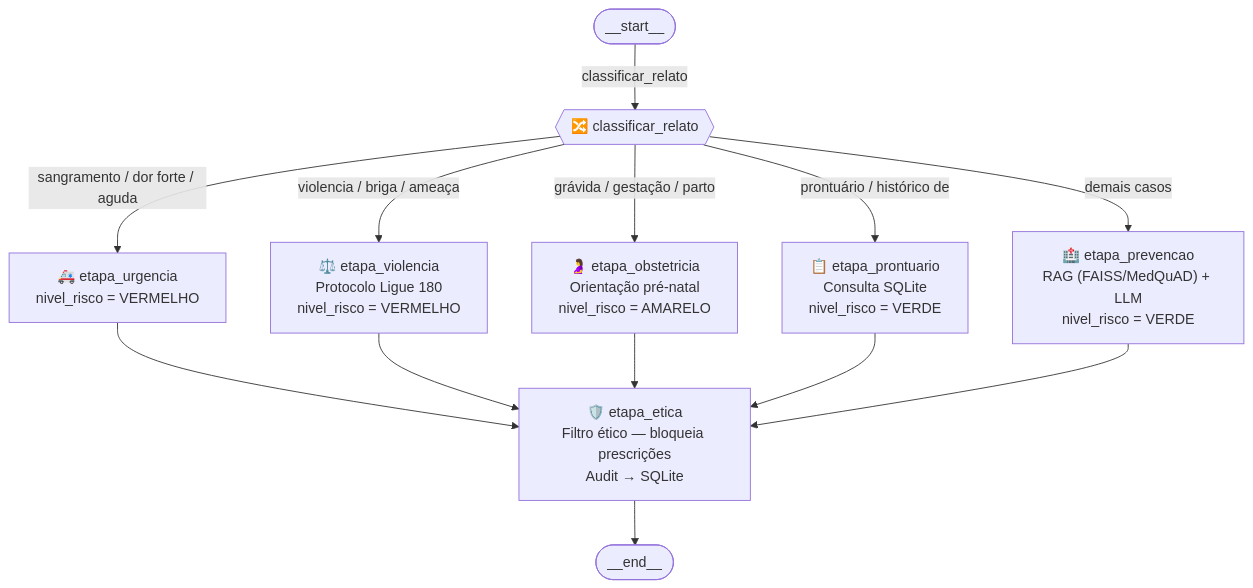
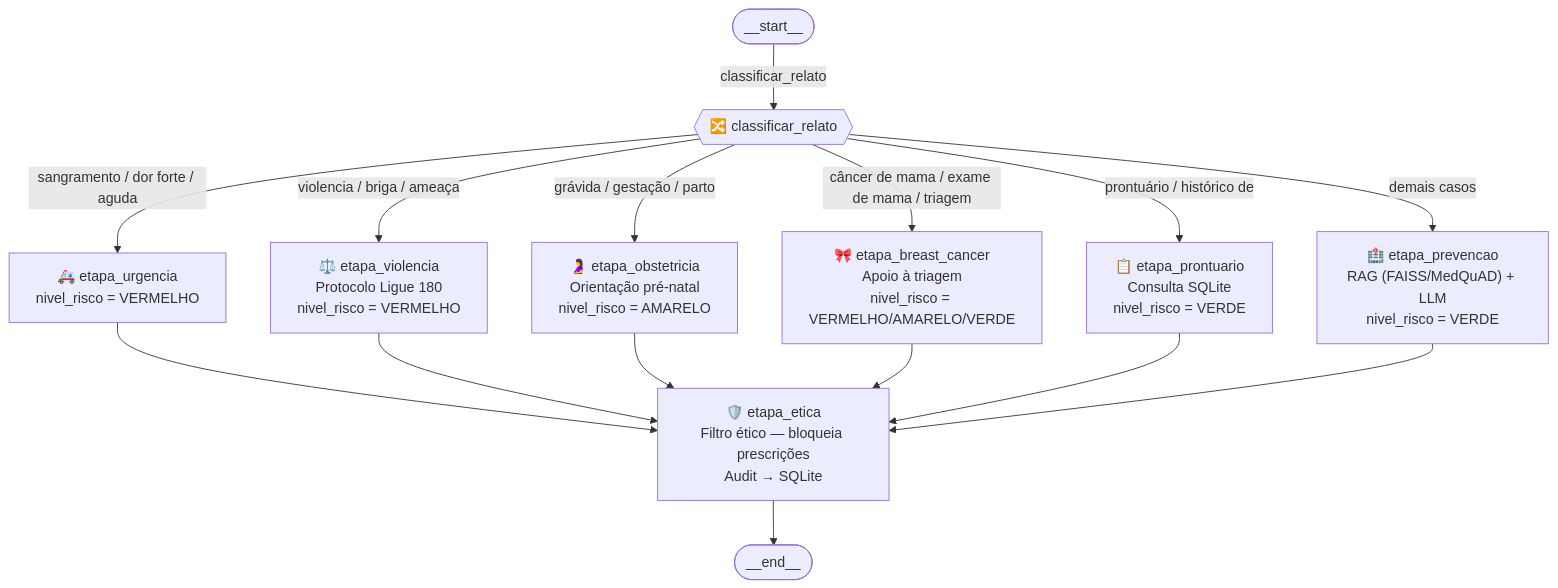
Before and after one commit to pos-fiap-ia-devs/Tech-Challenge-Fase-3-secretaria: the diagram in docs/relatorio_tecnico.md, drawn with Mermaid. The commit also changed other lines of this file and 32 other files, not shown here.

````diff
--- a/docs/relatorio_tecnico.md
+++ b/docs/relatorio_tecnico.md
@@ -110,27 +110,30 @@
 ```mermaid
 flowchart TD
     START([__start__]) -->|classificar_relato| roteador
 
     roteador{{"🔀 classificar_relato"}}
 
     roteador -->|sangramento / dor forte / aguda| urgencia
     roteador -->|violencia / briga / ameaça| violencia
     roteador -->|grávida / gestação / parto| obstetricia
+    roteador -->|câncer de mama / exame de mama / triagem| breast_cancer
     roteador -->|prontuário / histórico de| prontuario
     roteador -->|demais casos| prevencao
 
     urgencia["🚑 etapa_urgencia\nnivel_risco = VERMELHO"]
     violencia["⚖️ etapa_violencia\nProtocolo Ligue 180\nnivel_risco = VERMELHO"]
     obstetricia["🤰 etapa_obstetricia\nOrientação pré-natal\nnivel_risco = AMARELO"]
+    breast_cancer["🎀 etapa_breast_cancer\nApoio à triagem\nnivel_risco = VERMELHO/AMARELO/VERDE"]
     prontuario["📋 etapa_prontuario\nConsulta SQLite\nnivel_risco = VERDE"]
     prevencao["🏥 etapa_prevencao\nRAG (FAISS/MedQuAD) + LLM\nnivel_risco = VERDE"]
 
     urgencia --> seguranca_etica
     violencia --> seguranca_etica
     obstetricia --> seguranca_etica
+    breast_cancer --> seguranca_etica
     prontuario --> seguranca_etica
     prevencao --> seguranca_etica
 
     seguranca_etica["🛡️ etapa_etica\nFiltro ético — bloqueia prescrições\nAudit → SQLite"]
     seguranca_etica --> END([__end__])
 ```
````
